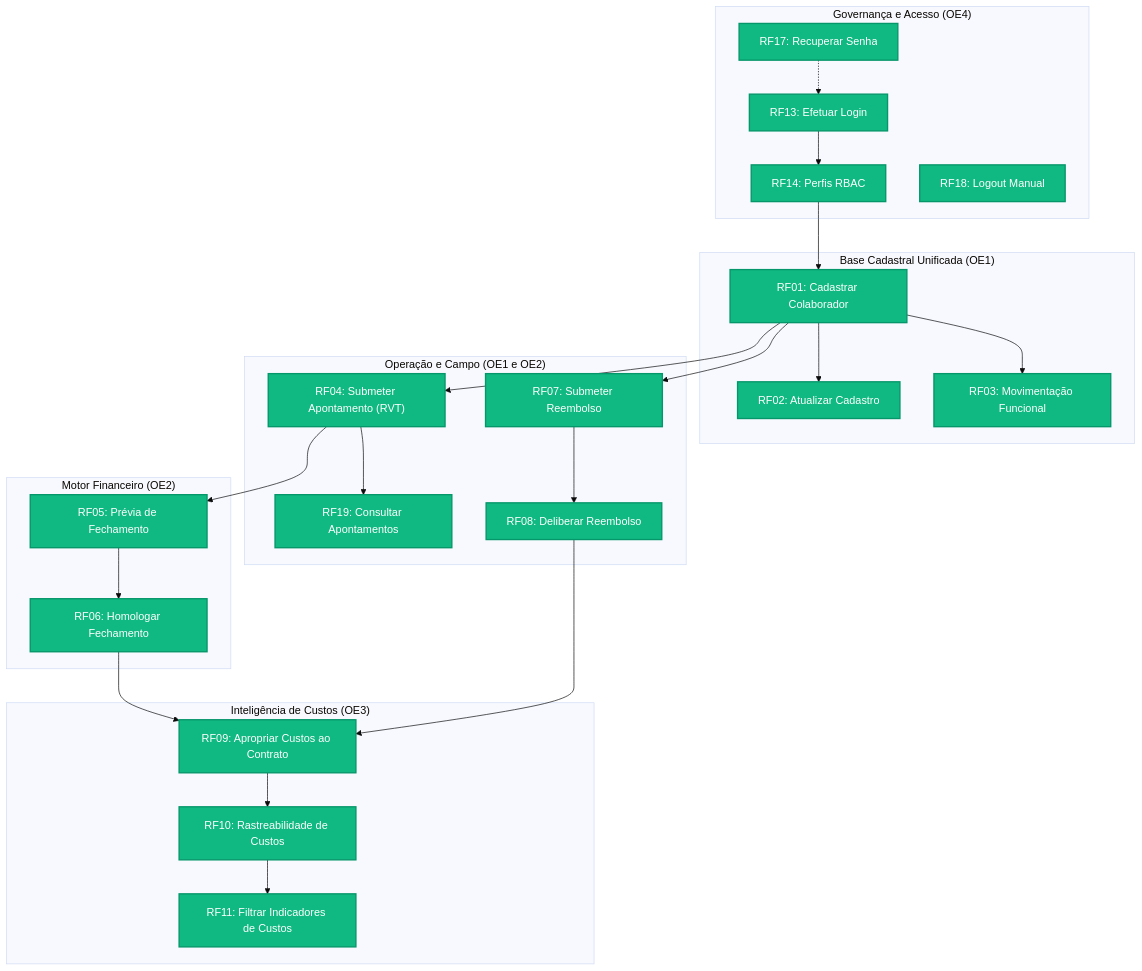
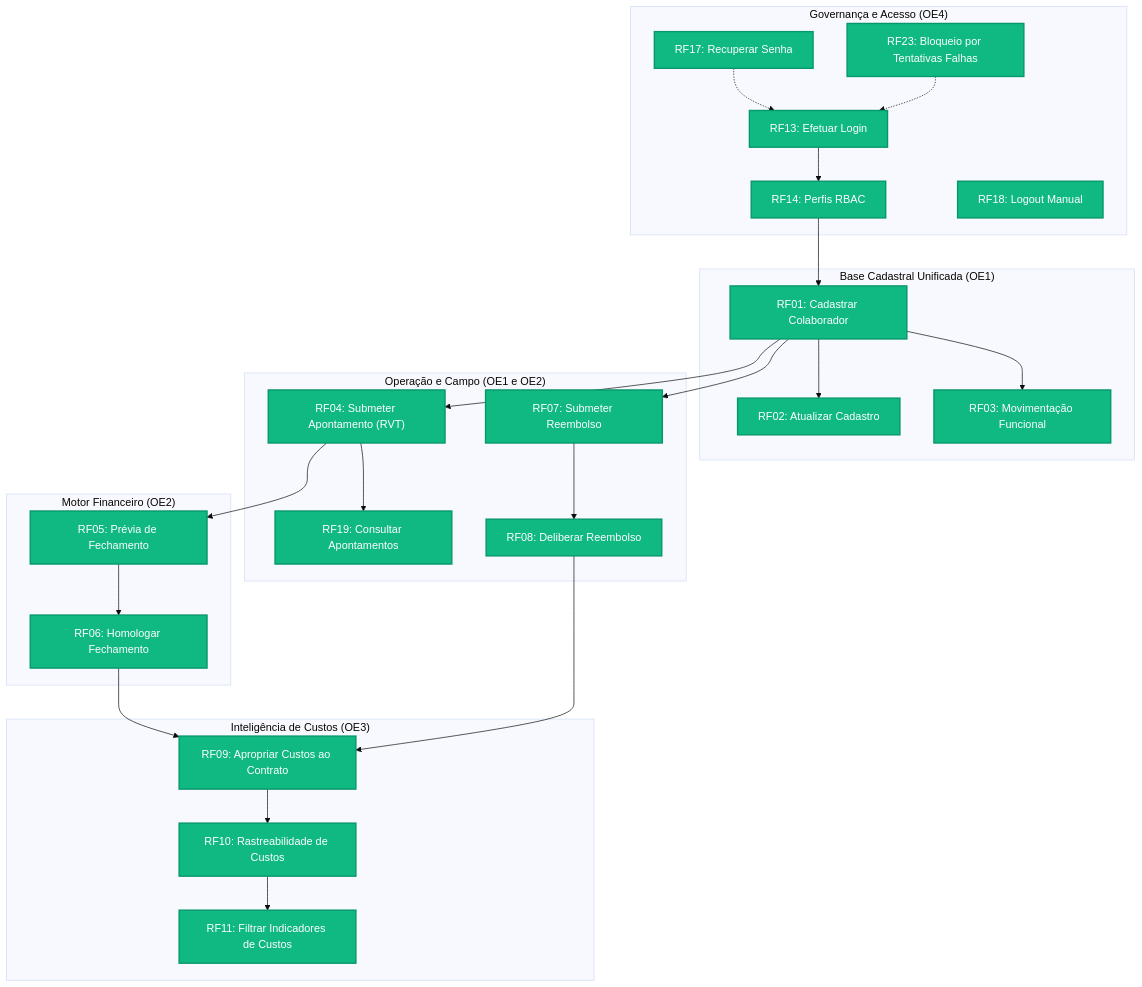
The fourth of 4 diagrams in docs/requisitos/priorizacao.md (mdsreq-fga-unb/REQ-2026.2-T01-DUOC-Finance), drawn with Mermaid (base theme) before and after one commit. The commit also changed other lines of this file and 1 other file, not shown here.

````diff
--- a/docs/requisitos/priorizacao.md
+++ b/docs/requisitos/priorizacao.md
@@ -299,37 +303,38 @@
 ```mermaid
 flowchart TD
     subgraph S_AUTH["Governança e Acesso (OE4)"]
         RF13["RF13: Efetuar Login"] --> RF14["RF14: Perfis RBAC"]
         RF17["RF17: Recuperar Senha"] -.-> RF13
         RF18["RF18: Logout Manual"]
+        RF23["RF23: Bloqueio por Tentativas Falhas"] -.-> RF13
     end
 
     subgraph S_CAD["Base Cadastral Unificada (OE1)"]
         RF14 --> RF01["RF01: Cadastrar Colaborador"]
         RF01 --> RF02["RF02: Atualizar Cadastro"]
         RF01 --> RF03["RF03: Movimentação Funcional"]
     end
 
     subgraph S_FIELD["Operação e Campo (OE1 e OE2)"]
         RF01 --> RF04["RF04: Submeter Apontamento (RVT)"]
         RF04 --> RF19["RF19: Consultar Apontamentos"]
         RF01 --> RF07["RF07: Submeter Reembolso"]
         RF07 --> RF08["RF08: Deliberar Reembolso"]
     end
 
     subgraph S_FIN["Motor Financeiro (OE2)"]
         RF04 --> RF05["RF05: Prévia de Fechamento"]
         RF05 --> RF06["RF06: Homologar Fechamento"]
     end
 
     subgraph S_COST["Inteligência de Custos (OE3)"]
         RF06 --> RF09["RF09: Apropriar Custos ao Contrato"]
         RF08 --> RF09
         RF09 --> RF10["RF10: Rastreabilidade de Custos"]
         RF10 --> RF11["RF11: Filtrar Indicadores de Custos"]
     end
 
     classDef mvpNode fill:#10b981,stroke:#059669,stroke-width:2px,color:#ffffff;
     classDef secNode fill:#0284c7,stroke:#0369a1,stroke-width:2px,color:#ffffff;
-    class RF13,RF14,RF17,RF18,RF01,RF02,RF03,RF04,RF19,RF07,RF08,RF05,RF06,RF09,RF10,RF11 mvpNode;
+    class RF13,RF14,RF17,RF18,RF23,RF01,RF02,RF03,RF04,RF19,RF07,RF08,RF05,RF06,RF09,RF10,RF11 mvpNode;
 ```
````
